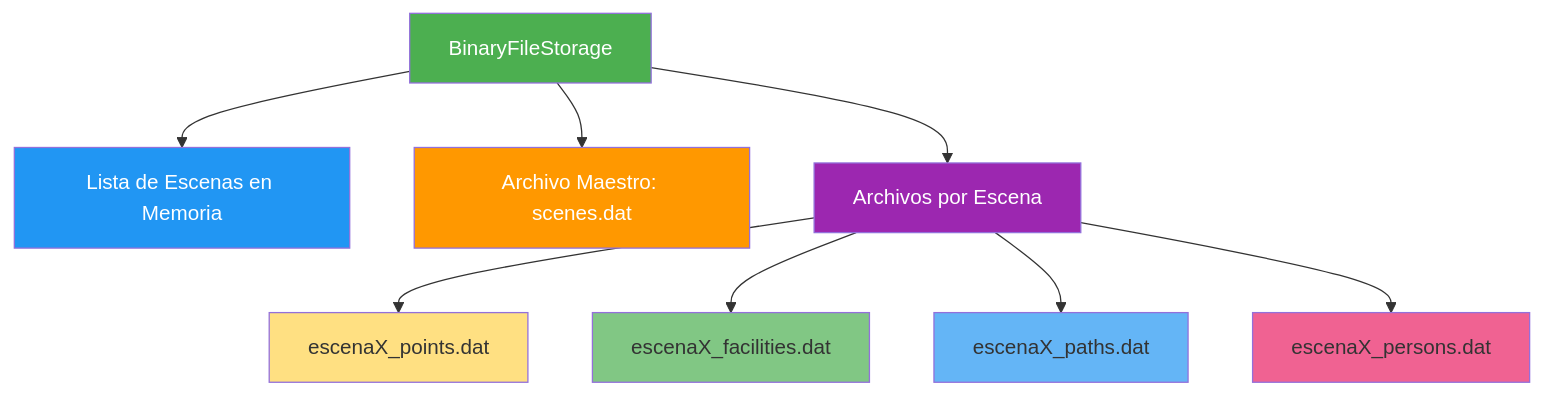
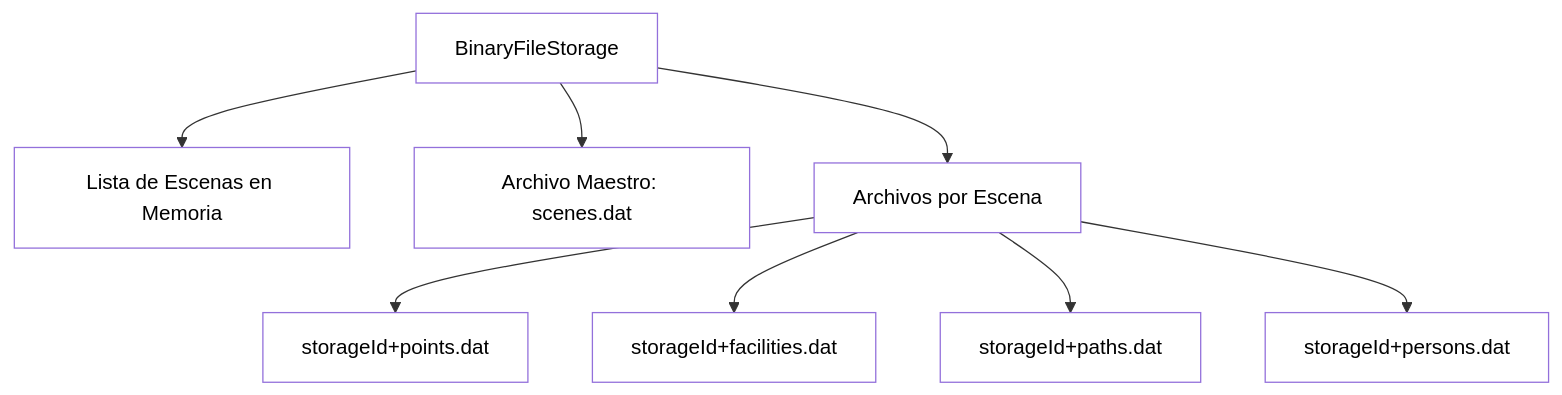
One commit to parksimulator/ParkSimulator2025 changed the first of 2 diagrams in Project/GemeloDigital/Services/Storage/Group05/documentacion.md. Above: the diagram before and after it, drawn with Mermaid. The commit also changed other lines of this file and 1 other file, not shown here.

````diff
--- a/Project/GemeloDigital/Services/Storage/Group05/documentacion.md
+++ b/Project/GemeloDigital/Services/Storage/Group05/documentacion.md
@@ -11,22 +26,22 @@
 ```mermaid
 flowchart TD
     A[BinaryFileStorage] --> B[Lista de Escenas en Memoria]
     
     A --> C[Archivo Maestro: scenes.dat]
     
     A --> D[Archivos por Escena]
     
-    D --> E[escenaX_points.dat]
-    D --> F[escenaX_facilities.dat]
-    D --> G[escenaX_paths.dat]
-    D --> H[escenaX_persons.dat]
+    D --> E[storageId+points.dat]
+    D --> F[storageId+facilities.dat]
+    D --> G[storageId+paths.dat]
+    D --> H[storageId+persons.dat]
     
-    style A fill:#4CAF50,color:#fff
-    style B fill:#2196F3,color:#fff
-    style C fill:#FF9800,color:#fff
-    style D fill:#9C27B0,color:#fff
-    style E fill:#FFE082
-    style F fill:#81C784
-    style G fill:#64B5F6
-    style H fill:#F06292
+    style A fill:#fff,color:#000
+    style B fill:#fff,color:#000
+    style C fill:#fff,color:#000
+    style D fill:#fff,color:#000
+    style E fill:#fff,color:#000
+    style F fill:#fff,color:#000
+    style G fill:#fff,color:#000
+    style H fill:#fff,color:#000
 ```
````
